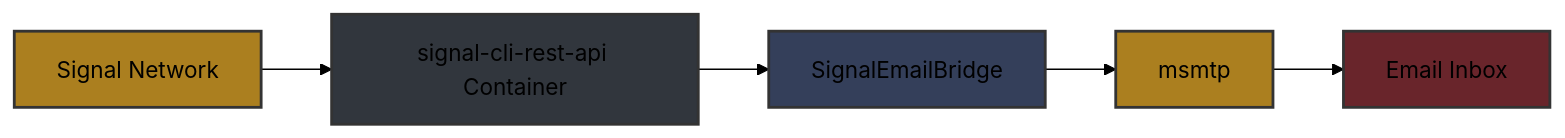
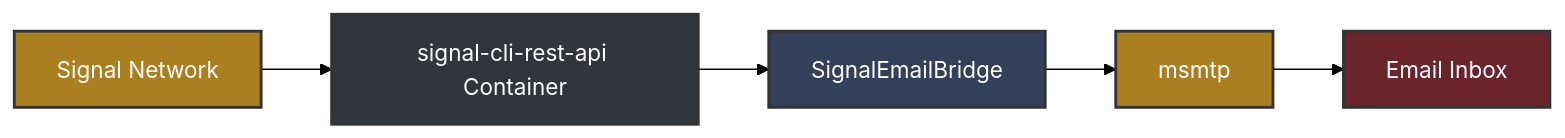
The diagram in README.md (yhavinga/signal2email), drawn with Mermaid (forest theme) before and after one commit.

Commit message:
Update font colors

````diff
--- a/README.md
+++ b/README.md
@@ -9,13 +9,15 @@
 ```mermaid
 graph LR
     A[Signal Network] --> B[signal-cli-rest-api Container]
     B --> C[SignalEmailBridge]
     C --> D[msmtp]
     D --> E[Email Inbox]
     
-    style A fill:#AB7F1F,stroke:#333,stroke-width:2px
-    style B fill:#31363D,stroke:#333,stroke-width:2px
-    style C fill:#343F5A,stroke:#333,stroke-width:2px
-    style D fill:#AB7F1F,stroke:#333,stroke-width:2px
-    style E fill:#69252B,stroke:#333,stroke-width:2px
+    classDef default fill:#343F5A,stroke:#333,stroke-width:2px,color:white;
+    
+    style A fill:#AB7F1F
+    style B fill:#31363D
+    style C fill:#343F5A
+    style D fill:#AB7F1F
+    style E fill:#69252B
 ```
````
